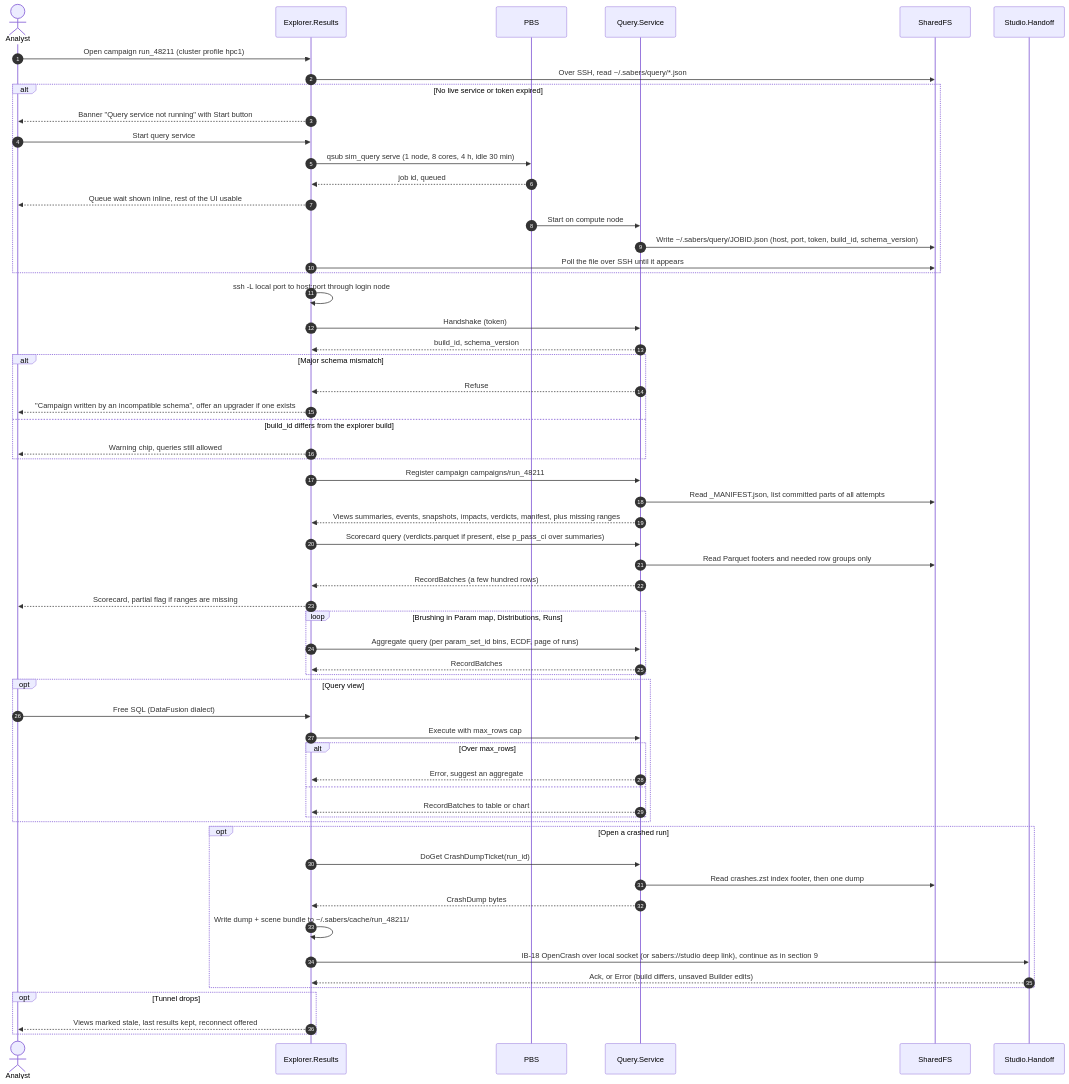
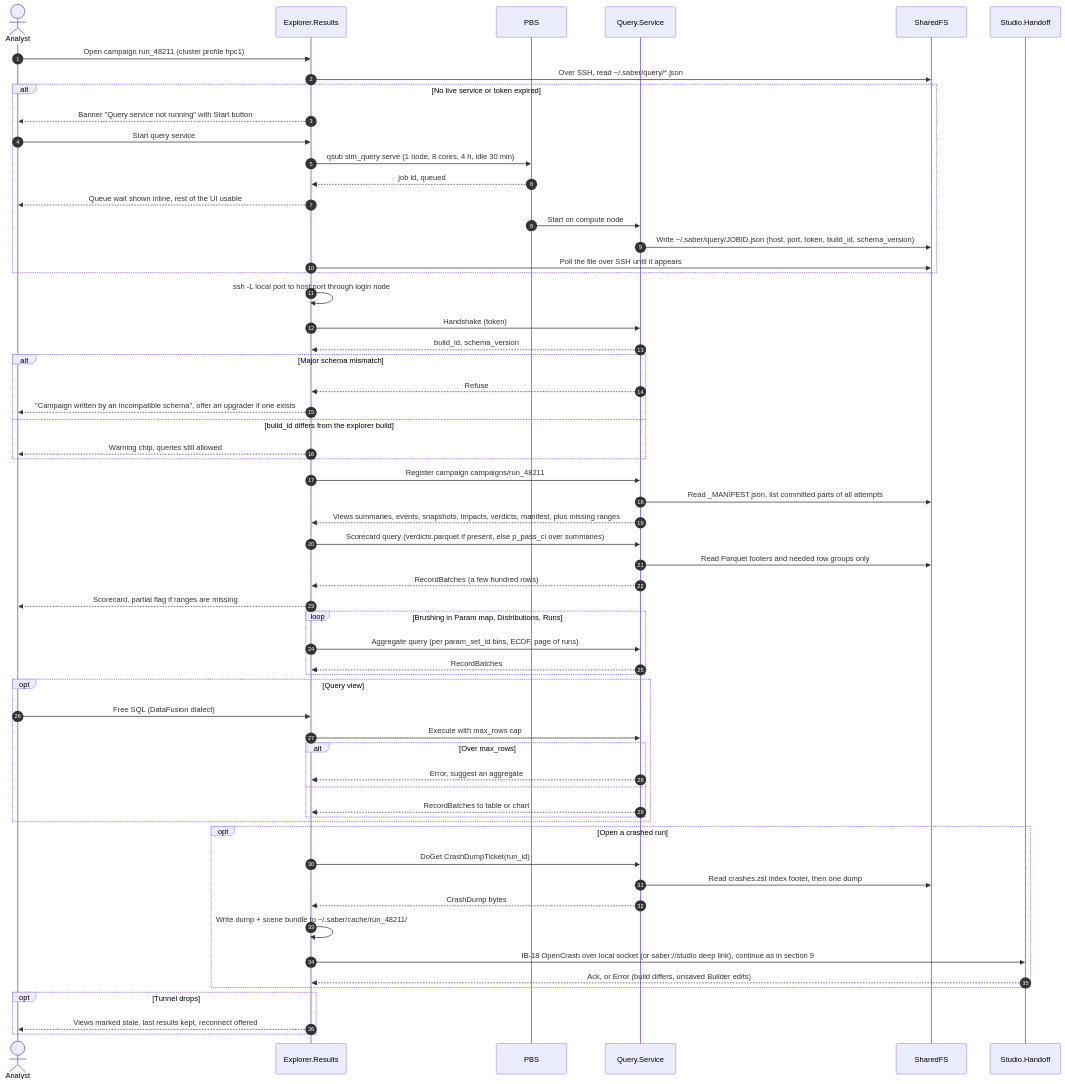
Diagram 16 of 18 in docs/design/sequence-diagrams.md (Schmiedium/SABER), drawn with Mermaid before and after one commit. The commit also changed other lines of this file and 6 other files, not shown here.

First line of the commit message:
Rename sabers identifiers to saber across the design docs (D18)

````diff
--- a/docs/design/sequence-diagrams.md
+++ b/docs/design/sequence-diagrams.md
@@ -966,63 +966,63 @@
 ```mermaid
 sequenceDiagram
     autonumber
     actor Analyst
     participant Results as Explorer.Results
     participant PBS
     participant QS as Query.Service
     participant SharedFS
     participant Studio as Studio.Handoff
 
     Analyst->>Results: Open campaign run_48211 (cluster profile hpc1)
-    Results->>SharedFS: Over SSH, read ~/.sabers/query/*.json
+    Results->>SharedFS: Over SSH, read ~/.saber/query/*.json
     alt No live service or token expired
         Results-->>Analyst: Banner "Query service not running" with Start button
         Analyst->>Results: Start query service
         Results->>PBS: qsub sim_query serve (1 node, 8 cores, 4 h, idle 30 min)
         PBS-->>Results: job id, queued
         Results-->>Analyst: Queue wait shown inline, rest of the UI usable
         PBS->>QS: Start on compute node
-        QS->>SharedFS: Write ~/.sabers/query/JOBID.json (host, port, token, build_id, schema_version)
+        QS->>SharedFS: Write ~/.saber/query/JOBID.json (host, port, token, build_id, schema_version)
         Results->>SharedFS: Poll the file over SSH until it appears
     end
     Results->>Results: ssh -L local port to host:port through login node
     Results->>QS: Handshake (token)
     QS-->>Results: build_id, schema_version
     alt Major schema mismatch
         QS-->>Results: Refuse
         Results-->>Analyst: "Campaign written by an incompatible schema", offer an upgrader if one exists
     else build_id differs from the explorer build
         Results-->>Analyst: Warning chip, queries still allowed
     end
     Results->>QS: Register campaign campaigns/run_48211
     QS->>SharedFS: Read _MANIFEST.json, list committed parts of all attempts
     QS-->>Results: Views summaries, events, snapshots, impacts, verdicts, manifest, plus missing ranges
     Results->>QS: Scorecard query (verdicts.parquet if present, else p_pass_ci over summaries)
     QS->>SharedFS: Read Parquet footers and needed row groups only
     QS-->>Results: RecordBatches (a few hundred rows)
     Results-->>Analyst: Scorecard, partial flag if ranges are missing
     loop Brushing in Param map, Distributions, Runs
         Results->>QS: Aggregate query (per param_set_id bins, ECDF, page of runs)
         QS-->>Results: RecordBatches
     end
     opt Query view
         Analyst->>Results: Free SQL (DataFusion dialect)
         Results->>QS: Execute with max_rows cap
         alt Over max_rows
             QS-->>Results: Error, suggest an aggregate
         else
             QS-->>Results: RecordBatches to table or chart
         end
     end
     opt Open a crashed run
         Results->>QS: DoGet CrashDumpTicket(run_id)
         QS->>SharedFS: Read crashes.zst index footer, then one dump
         QS-->>Results: CrashDump bytes
-        Results->>Results: Write dump + scene bundle to ~/.sabers/cache/run_48211/
-        Results->>Studio: IB-18 OpenCrash over local socket (or sabers://studio deep link), continue as in section 9
+        Results->>Results: Write dump + scene bundle to ~/.saber/cache/run_48211/
+        Results->>Studio: IB-18 OpenCrash over local socket (or saber://studio deep link), continue as in section 9
         Studio-->>Results: Ack, or Error (build differs, unsaved Builder edits)
     end
     opt Tunnel drops
         Results-->>Analyst: Views marked stale, last results kept, reconnect offered
     end
 ```
````
